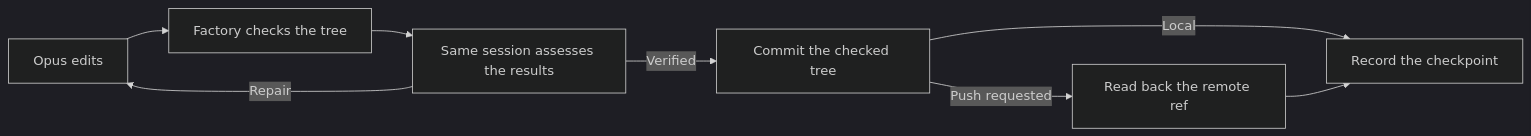
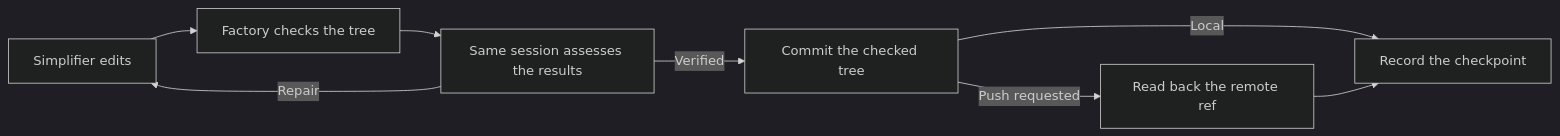
Before and after one commit to chris-nickerson/factory: the diagram in docs/architecture.md, drawn with Mermaid (dark theme). The commit also changed other lines of this file and 26 other files, not shown here.

````diff
--- a/docs/architecture.md
+++ b/docs/architecture.md
@@ -46,10 +46,10 @@
 ```mermaid
 flowchart LR
-    Edit["Opus edits"] --> Check["Factory checks the tree"]
+    Edit["Simplifier edits"] --> Check["Factory checks the tree"]
     Check --> Assess["Same session assesses the results"]
     Assess -->|Repair| Edit
     Assess -->|Verified| Commit["Commit the checked tree"]
     Commit -->|Local| Done["Record the checkpoint"]
     Commit -->|Push requested| Remote["Read back the remote ref"]
     Remote --> Done
 ```
````
